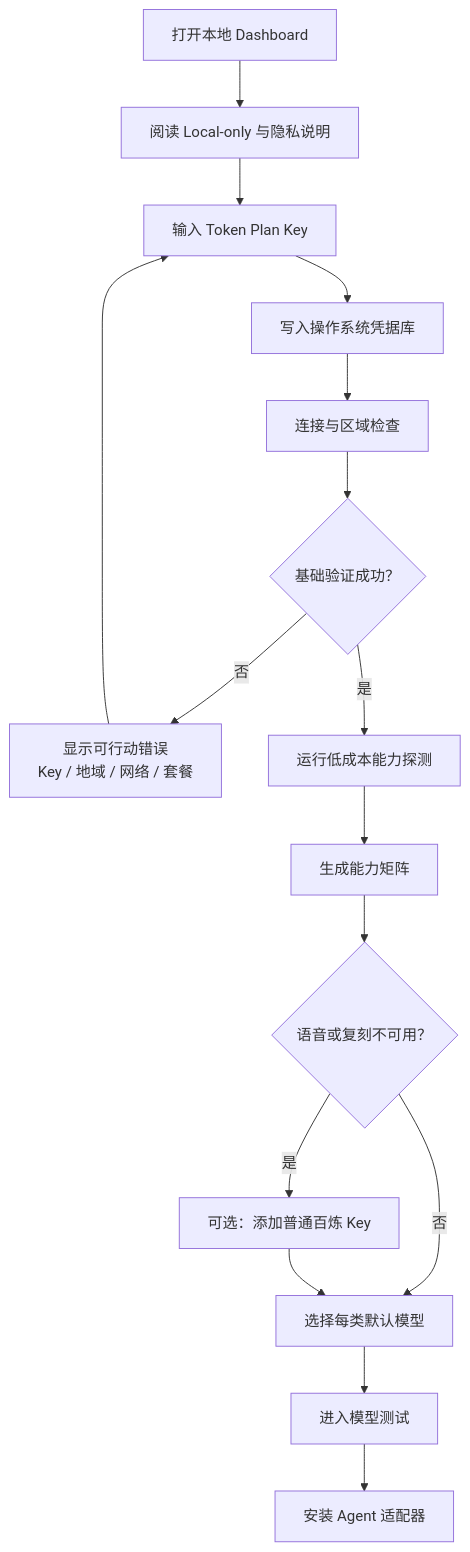
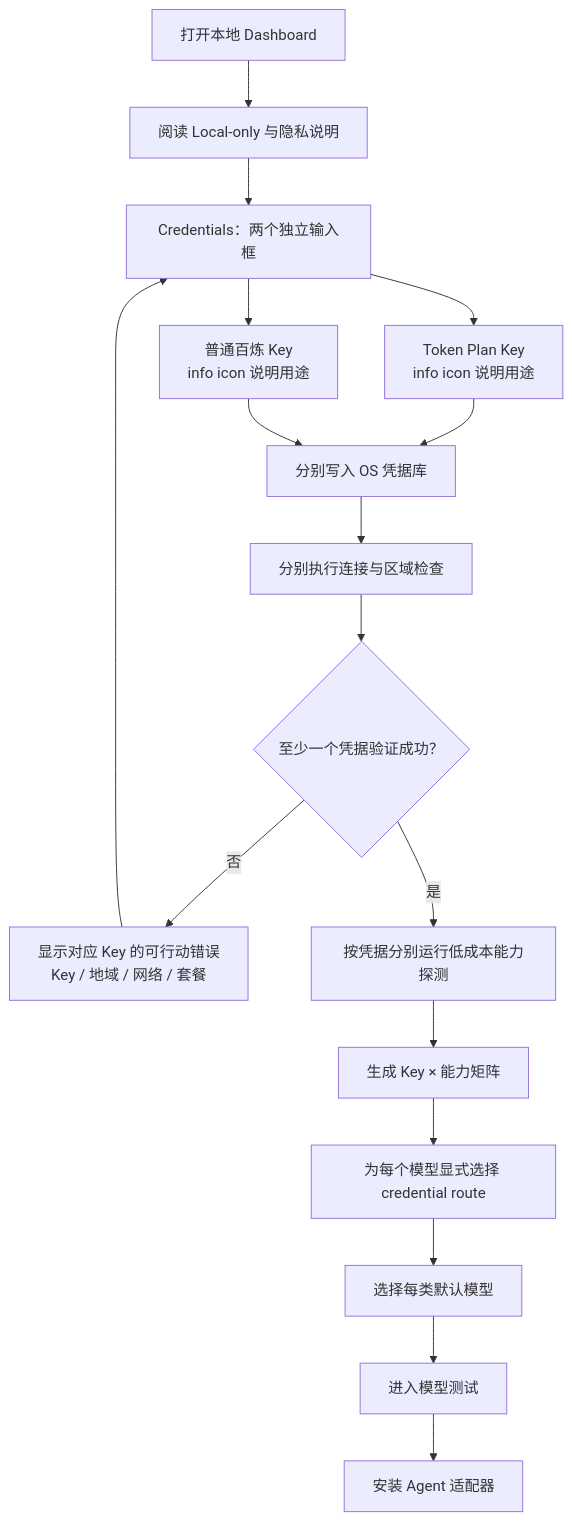
The first of 5 diagrams in docs/user-flows.zh-CN.md (coconilu/token-plan-media-hub), drawn with Mermaid before and after one commit. The commit also changed other lines of this file and 9 other files, not shown here.

Commit message:
Add explicit dual-key credential routing

````diff
--- a/docs/user-flows.zh-CN.md
+++ b/docs/user-flows.zh-CN.md
@@ -5,18 +5,19 @@
 ```mermaid
 flowchart TD
     A["打开本地 Dashboard"] --> B["阅读 Local-only 与隐私说明"]
-    B --> C["输入 Token Plan Key"]
-    C --> D["写入操作系统凭据库"]
-    D --> E["连接与区域检查"]
-    E --> F{"基础验证成功？"}
-    F -- 否 --> G["显示可行动错误<br/>Key / 地域 / 网络 / 套餐"]
-    G --> C
-    F -- 是 --> H["运行低成本能力探测"]
-    H --> I["生成能力矩阵"]
-    I --> J{"语音或复刻不可用？"}
-    J -- 是 --> K["可选：添加普通百炼 Key"]
-    J -- 否 --> L["选择每类默认模型"]
-    K --> L
-    L --> M["进入模型测试"]
-    M --> N["安装 Agent 适配器"]
+    B --> C["Credentials：两个独立输入框"]
+    C --> D["Token Plan Key<br/>info icon 说明用途"]
+    C --> E["普通百炼 Key<br/>info icon 说明用途"]
+    D --> F["分别写入 OS 凭据库"]
+    E --> F
+    F --> G["分别执行连接与区域检查"]
+    G --> H{"至少一个凭据验证成功？"}
+    H -- 否 --> I["显示对应 Key 的可行动错误<br/>Key / 地域 / 网络 / 套餐"]
+    I --> C
+    H -- 是 --> J["按凭据分别运行低成本能力探测"]
+    J --> K["生成 Key × 能力矩阵"]
+    K --> L["为每个模型显式选择 credential route"]
+    L --> M["选择每类默认模型"]
+    M --> N["进入模型测试"]
+    N --> O["安装 Agent 适配器"]
 ```
````
